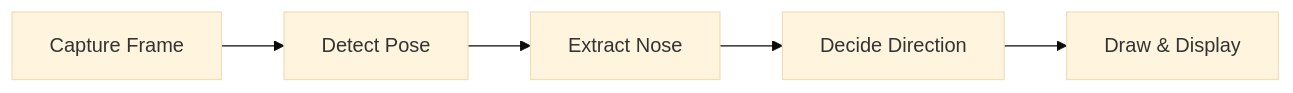
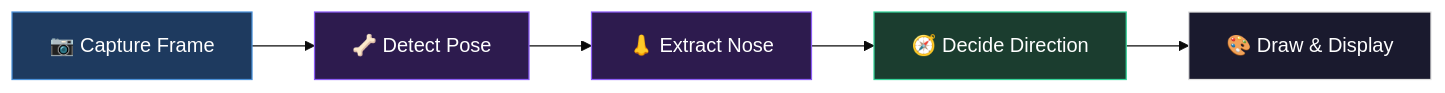
The third of 4 diagrams in README.md (Major-Project-001/VIGIL-RQ), drawn with Mermaid (base theme) before and after one commit. The commit also changed other lines of this file, not shown here.

Commit message:
Add consistent colorful styling to all Mermaid diagrams

````diff
--- a/README.md
+++ b/README.md
@@ -152,7 +168,13 @@
 ```mermaid
 flowchart LR
-    A["Capture Frame"] --> B["Detect Pose"]
-    B --> C["Extract Nose"]
-    C --> D["Decide Direction"]
-    D --> E["Draw & Display"]
+    A["📷 Capture Frame"] --> B["🦴 Detect Pose"]
+    B --> C["👃 Extract Nose"]
+    C --> D["🧭 Decide Direction"]
+    D --> E["🎨 Draw & Display"]
+
+    style A fill:#1e3a5f,stroke:#4a90d9,color:#fff
+    style B fill:#2d1b4e,stroke:#8b5cf6,color:#fff
+    style C fill:#2d1b4e,stroke:#8b5cf6,color:#fff
+    style D fill:#1b3d2f,stroke:#34d399,color:#fff
+    style E fill:#1a1a2e,stroke:#e0e0e0,color:#fff
 ```
````
